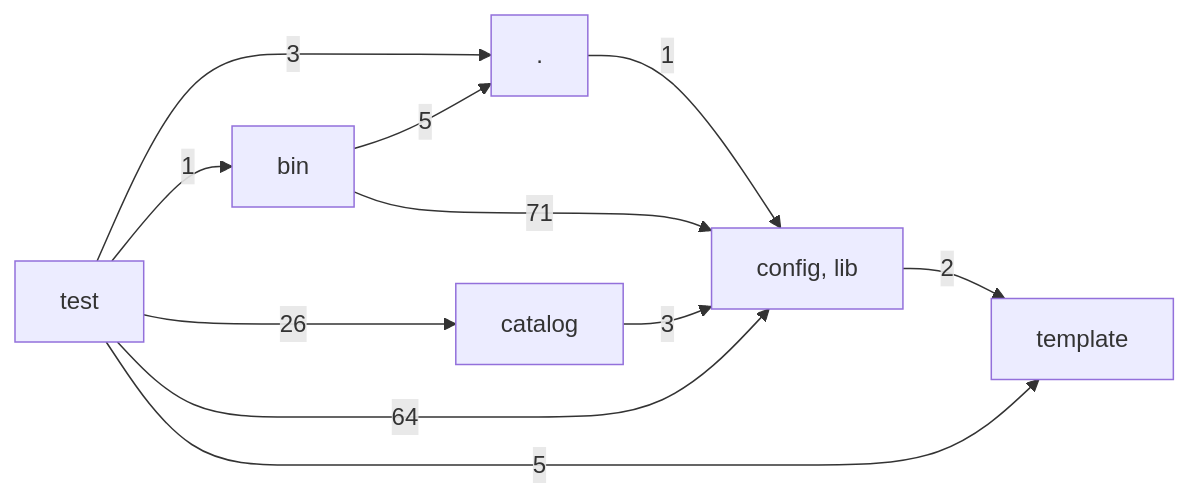
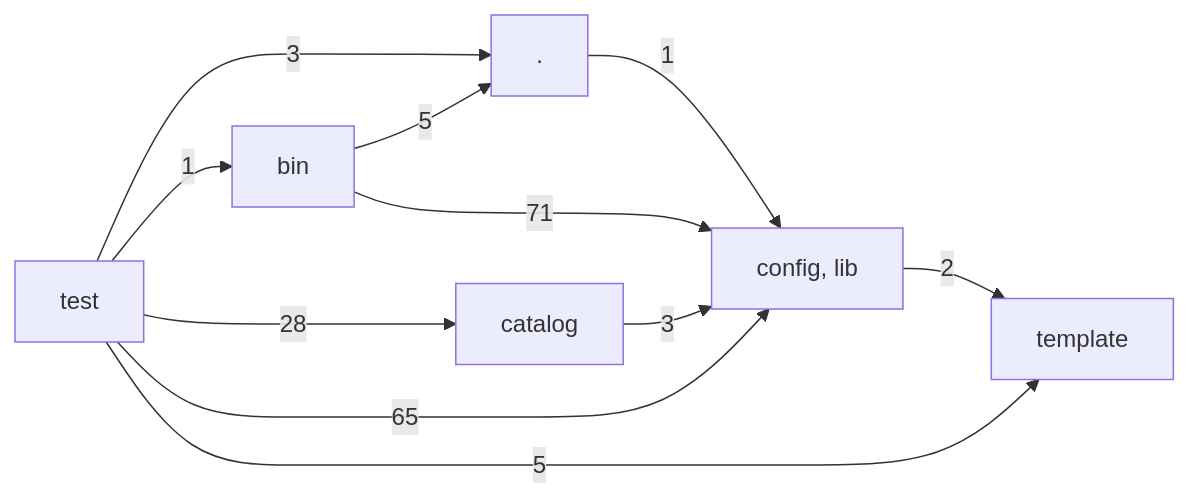
The diagram in docs/architecture/layers.md (hackersandwizards/scaffolding), drawn with Mermaid before and after one commit. The commit also changed 10 other files, not shown here.

````diff
--- a/docs/architecture/layers.md
+++ b/docs/architecture/layers.md
@@ -3,19 +3,19 @@
 ```mermaid
 graph LR
   L0["."]
   L1["bin"]
   L2["catalog"]
   L3["config, lib"]
   L4["template"]
   L5["test"]
   L0 -->|1| L3
   L1 -->|5| L0
   L1 -->|71| L3
   L2 -->|3| L3
   L3 -->|2| L4
   L5 -->|3| L0
   L5 -->|1| L1
-  L5 -->|26| L2
-  L5 -->|64| L3
+  L5 -->|28| L2
+  L5 -->|65| L3
   L5 -->|5| L4
 ```
````
